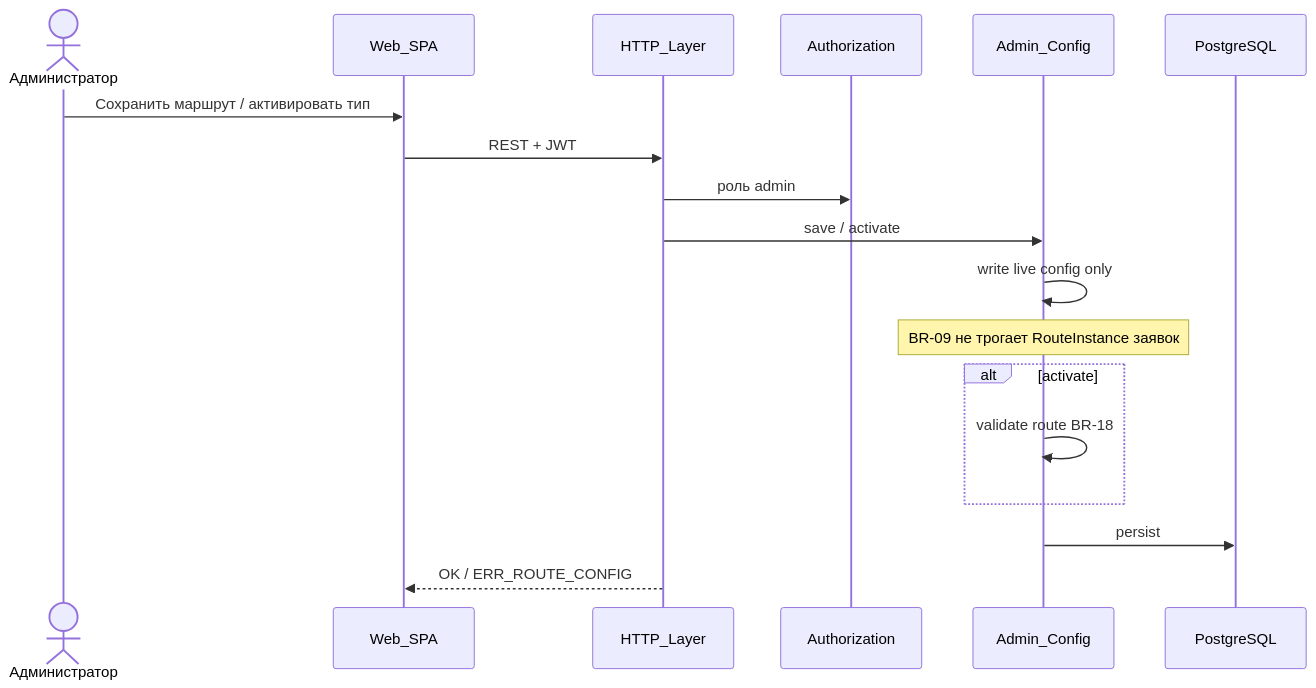
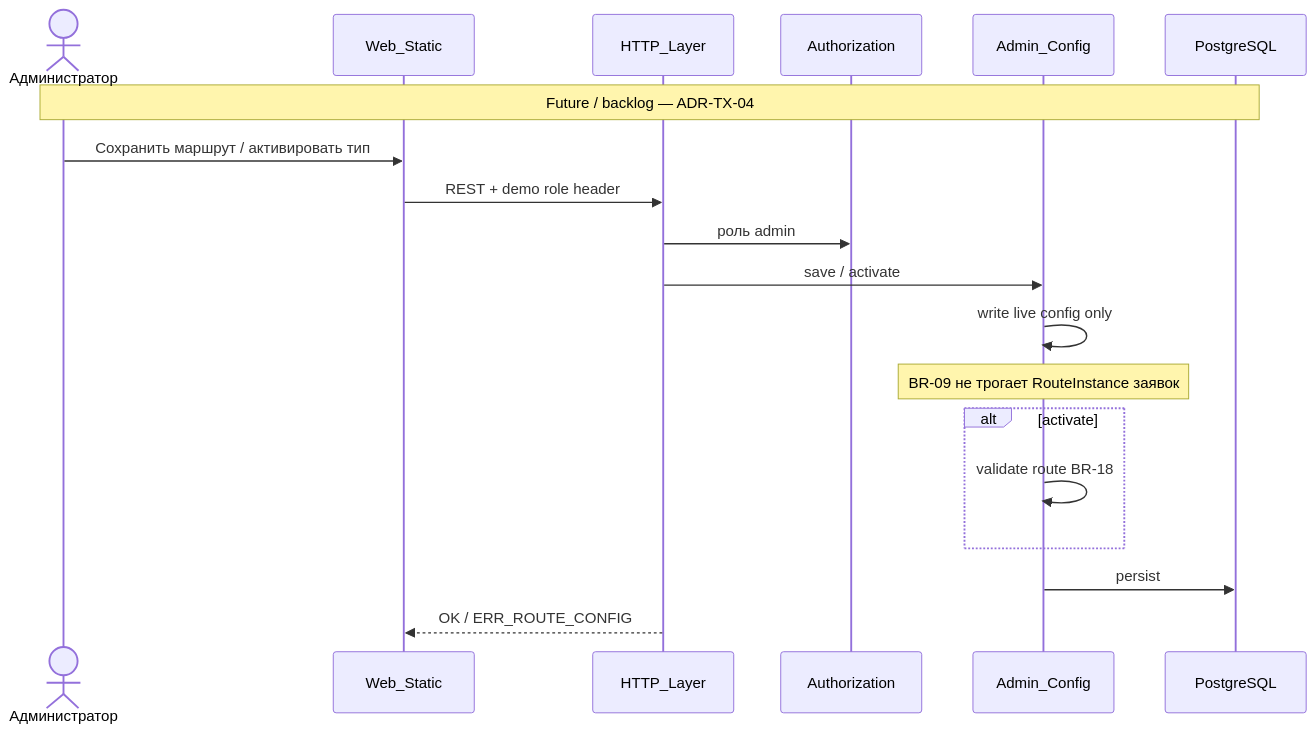
One commit to egoryasuk96/pet-project-hr-tech- changed the third of 3 diagrams in docs/03-diagrams/architecture/data-flows.md. Above: the diagram before and after it, drawn with Mermaid. The commit also changed other lines of this file and 7 other files, not shown here.

Commit message:
docs: stage 5 — static HTML web client ADR and architecture alignment

````diff
--- a/docs/03-diagrams/architecture/data-flows.md
+++ b/docs/03-diagrams/architecture/data-flows.md
@@ -135,21 +141,22 @@
 ```mermaid
 sequenceDiagram
   actor Adm as Администратор
-  participant Web as Web_SPA
+  participant Web as Web_Static
   participant API as HTTP_Layer
   participant AuthZ as Authorization
   participant Cfg as Admin_Config
   participant DB as PostgreSQL
 
+  Note over Adm,DB: Future / backlog — ADR-TX-04
   Adm->>Web: Сохранить маршрут / активировать тип
-  Web->>API: REST + JWT
+  Web->>API: REST + demo role header
   API->>AuthZ: роль admin
   API->>Cfg: save / activate
   Cfg->>Cfg: write live config only
   Note over Cfg: BR-09 не трогает RouteInstance заявок
   alt activate
     Cfg->>Cfg: validate route BR-18
   end
   Cfg->>DB: persist
   API-->>Web: OK / ERR_ROUTE_CONFIG
 ```
````
